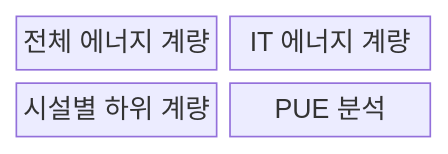
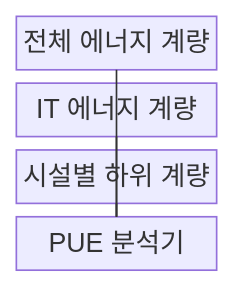
The first of 2 diagrams in src/content/docs/notes/02-hardware/058_power_usage_effectiveness.md (agnusdei1207/knowledge-base), drawn with Mermaid before and after one commit. The commit also changed other lines of this file and 20 other files, not shown here.

````diff
--- a/src/content/docs/notes/02-hardware/058_power_usage_effectiveness.md
+++ b/src/content/docs/notes/02-hardware/058_power_usage_effectiveness.md
@@ -53,8 +55,11 @@
 ```mermaid
-block-beta
-  columns 2
+block
+  columns 1
   A["전체 에너지 계량"]
   B["IT 에너지 계량"]
   C["시설별 하위 계량"]
-  D["PUE 분석"]
+  D["PUE 분석기"]
+  A --- D
+  B --- D
+  C --- D
 ```
````
